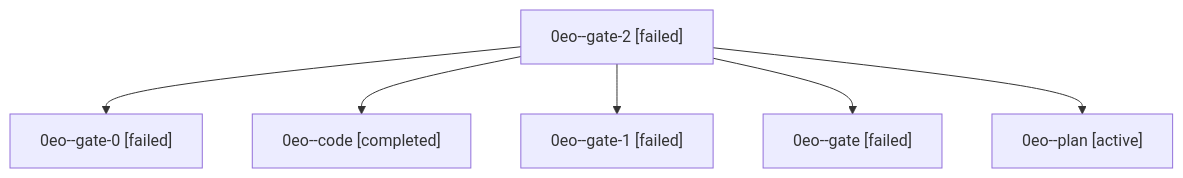
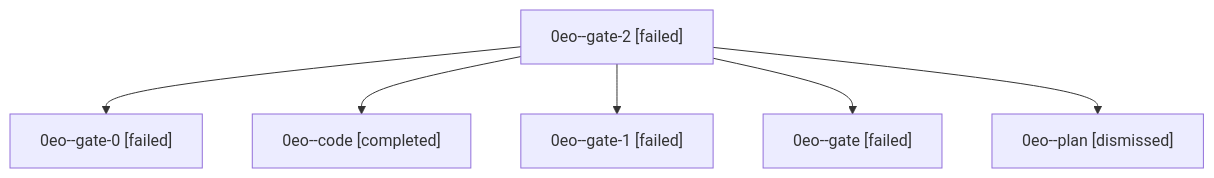
Before and after one commit to sase-org/sase--agents: the diagram in sessions/bbugyi200.athena.0eo.md, drawn with Mermaid. The commit also changed other lines of this file and 14 other files, not shown here.

````diff
--- a/sessions/bbugyi200.athena.0eo.md
+++ b/sessions/bbugyi200.athena.0eo.md
@@ -9,14 +9,14 @@
 ```mermaid
 flowchart TD
   n0["0eo--gate-2 [failed]"]
   n1["0eo--gate-0 [failed]"]
   n0 --> n1
   n2["0eo--code [completed]"]
   n0 --> n2
   n3["0eo--gate-1 [failed]"]
   n0 --> n3
   n4["0eo--gate [failed]"]
   n0 --> n4
-  n5["0eo--plan [active]"]
+  n5["0eo--plan [dismissed]"]
   n0 --> n5
 ```
````
